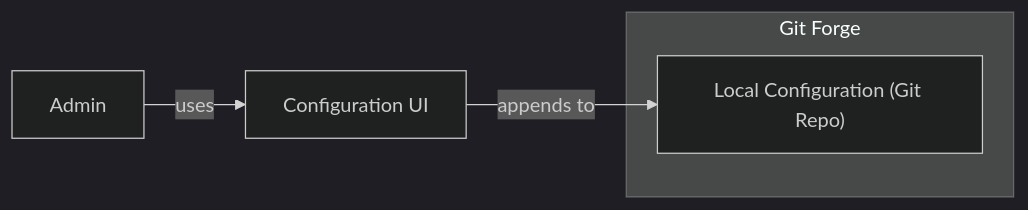
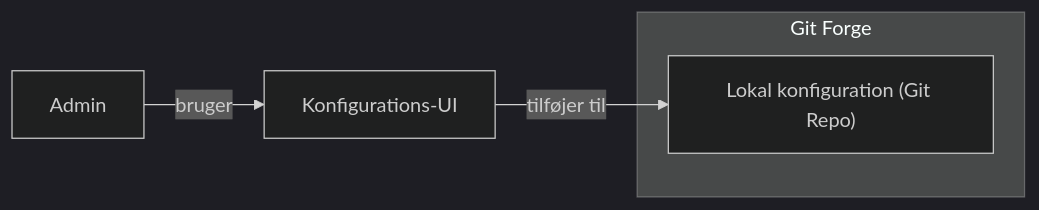
The seventh of 9 diagrams in presentation/slides.md (0xf1e/os2fri-dokumentation), drawn with Mermaid (dark theme) before and after one commit. The commit also changed other lines of this file, not shown here.

Commit message:
præsentation: oversæt til dansk

```diff
--- a/presentation/slides.md
+++ b/presentation/slides.md
@@ -217,10 +217,10 @@
 <div class="mermaid">
 flowchart LR
     admin["Admin"]
-    configurationUI["Configuration UI"]
+    configurationUI["Konfigurations-UI"]
     subgraph gitForge["Git Forge"]
-        localConfiguration["Local Configuration (Git Repo)"]
+        localConfiguration["Lokal konfiguration (Git Repo)"]
     end
-    admin -->|uses| configurationUI
-    configurationUI -->|appends to| localConfiguration
+    admin -->|bruger| configurationUI
+    configurationUI -->|tilføjer til| localConfiguration
 </div>
```
